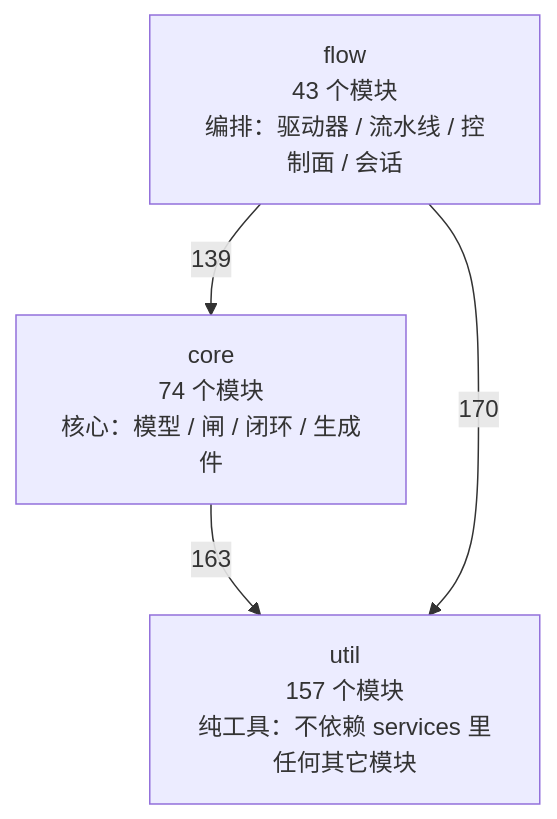
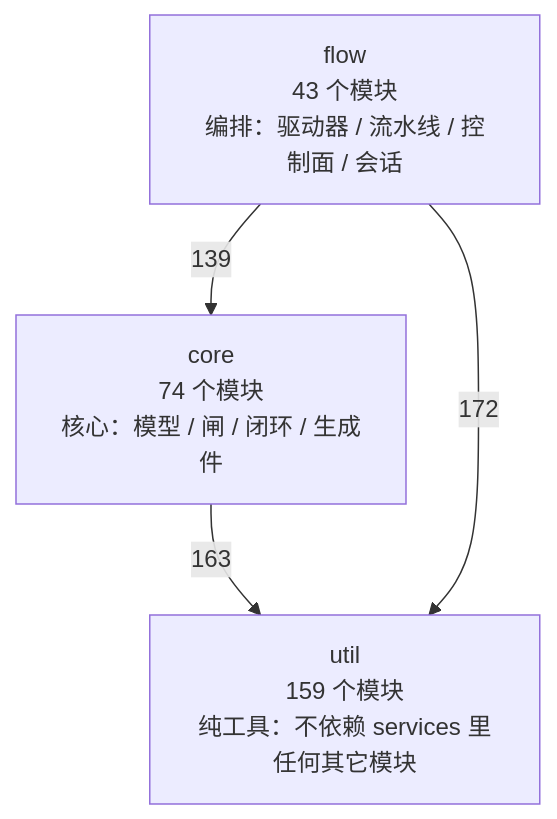
One commit to 2686521696/WhyBuddy changed the first of 4 diagrams in docs/SlideRule V6.2 架构图（自动生成）.md. Above: the diagram before and after it, drawn with Mermaid. The commit also changed other lines of this file and 29 other files, not shown here.

````diff
--- a/docs/SlideRule V6.2 架构图（自动生成）.md
+++ b/docs/SlideRule V6.2 架构图（自动生成）.md
@@ -50,9 +50,9 @@
 ```mermaid
 flowchart TB
-  util["util<br/>157 个模块<br/>纯工具：不依赖 services 里任何其它模块"]
+  util["util<br/>159 个模块<br/>纯工具：不依赖 services 里任何其它模块"]
   core["core<br/>74 个模块<br/>核心：模型 / 闸 / 闭环 / 生成件"]
   flow["flow<br/>43 个模块<br/>编排：驱动器 / 流水线 / 控制面 / 会话"]
   core -->|163| util
   flow -->|139| core
-  flow -->|170| util
+  flow -->|172| util
 ```
````
